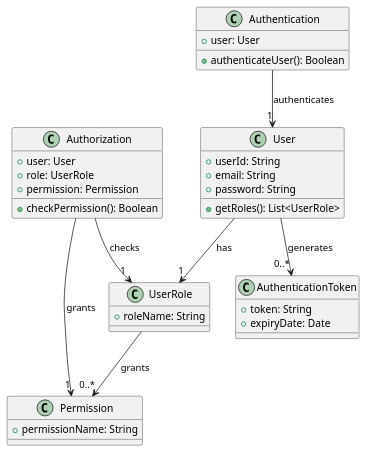
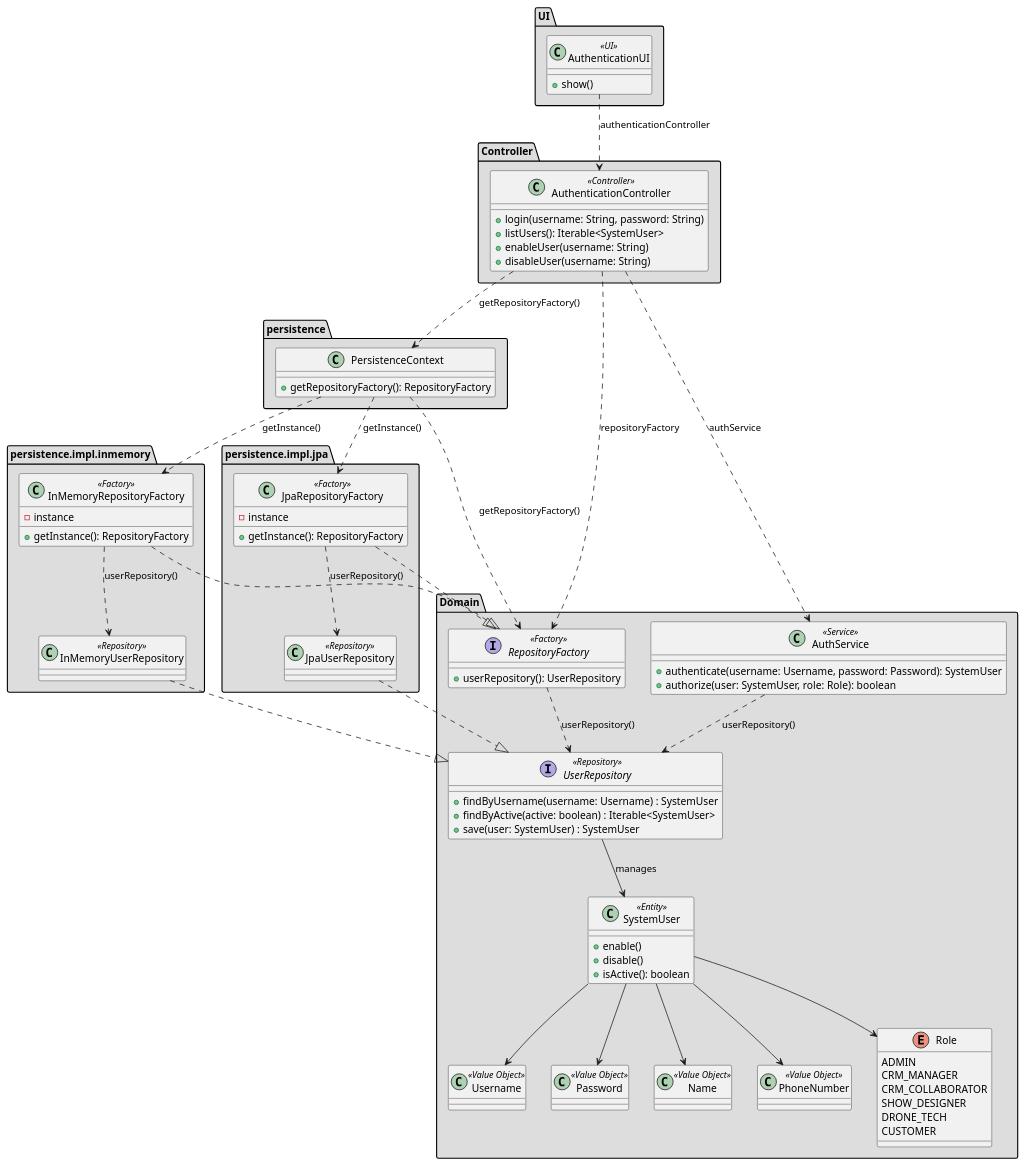
Before and after one commit to diogoveirospro/sem4pi-2024-2025-sem4pi_2024_2025_g44: the diagram in docs/SPRINT_2/US210/puml/class_diagram_us210.puml, drawn with PlantUML. The commit also changed 1 other file, not shown here.

Commit message:
Doing changes in class diagram of US210.puml

```diff
--- a/docs/SPRINT_2/US210/puml/class_diagram_us210.puml
+++ b/docs/SPRINT_2/US210/puml/class_diagram_us210.puml
@@ -1,43 +1,112 @@
 @startuml
+set separator none
 
-class User {
-    +userId: String
-    +email: String
-    +password: String
-    +getRoles(): List<UserRole>
+package "Domain" #DDDDDD {
+
+    class SystemUser <<Entity>> {
+        + enable()
+        + disable()
+        + isActive(): boolean
+    }
+
+    class Username <<Value Object>>
+    class Password <<Value Object>>
+    class Name <<Value Object>>
+    class PhoneNumber <<Value Object>>
+
+    enum Role {
+        ADMIN
+        CRM_MANAGER
+        CRM_COLLABORATOR
+        SHOW_DESIGNER
+        DRONE_TECH
+        CUSTOMER
+    }
+
+    interface UserRepository <<Repository>> {
+        + findByUsername(username: Username) : SystemUser
+        + findByActive(active: boolean) : Iterable<SystemUser>
+        + save(user: SystemUser) : SystemUser
+    }
+
+    interface RepositoryFactory <<Factory>> {
+        + userRepository(): UserRepository
+    }
+
+    class AuthService <<Service>> {
+        + authenticate(username: Username, password: Password): SystemUser
+        + authorize(user: SystemUser, role: Role): boolean
+    }
 }
 
-class AuthenticationToken {
-    +token: String
-    +expiryDate: Date
+package "UI" #DDDDDD {
+    class AuthenticationUI <<UI>> {
+        + show()
+    }
 }
 
-class UserRole {
-    +roleName: String
+package "Controller" #DDDDDD {
+    class AuthenticationController <<Controller>> {
+        + login(username: String, password: String)
+        + listUsers(): Iterable<SystemUser>
+        + enableUser(username: String)
+        + disableUser(username: String)
+    }
 }
 
-class Permission {
-    +permissionName: String
+package "persistence.impl.jpa" #DDDDDD {
+    class JpaUserRepository <<Repository>> {
+    }
+
+    class JpaRepositoryFactory <<Factory>> {
+        - instance
+        + getInstance(): RepositoryFactory
+    }
 }
 
-class Authentication {
-    +user: User
-    +authenticateUser(): Boolean
+package "persistence.impl.inmemory" #DDDDDD {
+    class InMemoryUserRepository <<Repository>> {
+    }
+
+    class InMemoryRepositoryFactory <<Factory>> {
+        - instance
+        + getInstance(): RepositoryFactory
+    }
 }
 
-class Authorization {
-    +user: User
-    +role: UserRole
-    +permission: Permission
-    +checkPermission(): Boolean
+package "persistence" #DDDDDD {
+    class PersistenceContext {
+        + getRepositoryFactory(): RepositoryFactory
+    }
 }
 
-' Relationships
-User --> "1" UserRole : has
-User --> "0..*" AuthenticationToken : generates
-UserRole --> "0..*" Permission : grants
-Authentication --> "1" User : authenticates
-Authorization --> "1" Permission : grants
-Authorization --> "1" UserRole : checks
+' Relações (com nomes nos métodos)
+SystemUser --> Username
+SystemUser --> Password
+SystemUser --> Name
+SystemUser --> PhoneNumber
+SystemUser --> Role
+
+UserRepository --> SystemUser : manages
+
+AuthService ..> UserRepository : userRepository()
+AuthenticationController ..> AuthService : authService
+AuthenticationController ..> RepositoryFactory : repositoryFactory
+AuthenticationController ..> PersistenceContext : getRepositoryFactory()
+AuthenticationUI ..> AuthenticationController : authenticationController
+
+PersistenceContext ..> JpaRepositoryFactory : getInstance()
+PersistenceContext ..> InMemoryRepositoryFactory : getInstance()
+PersistenceContext ..> RepositoryFactory : getRepositoryFactory()
+
+JpaUserRepository ..|> UserRepository
+InMemoryUserRepository ..|> UserRepository
+
+JpaRepositoryFactory ..|> RepositoryFactory
+InMemoryRepositoryFactory ..|> RepositoryFactory
+JpaRepositoryFactory ..> JpaUserRepository : userRepository()
+InMemoryRepositoryFactory ..> InMemoryUserRepository : userRepository()
+
+RepositoryFactory ..> UserRepository : userRepository()
 
 @enduml
```
